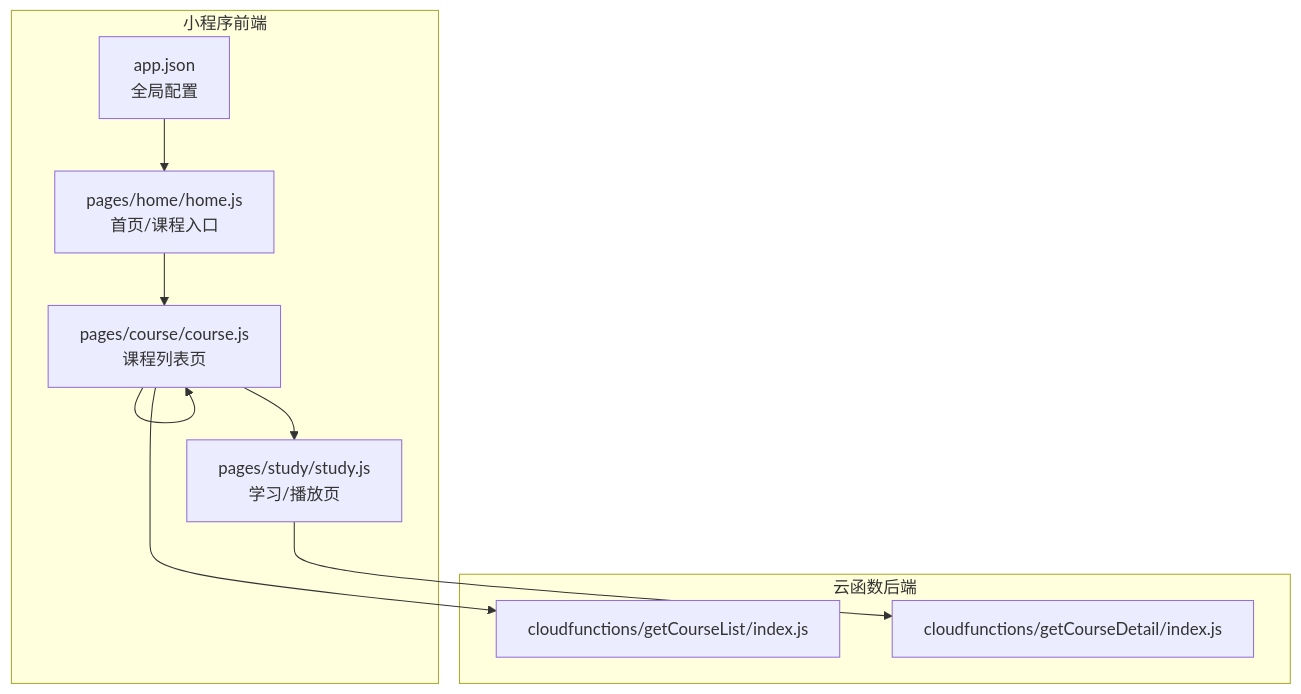
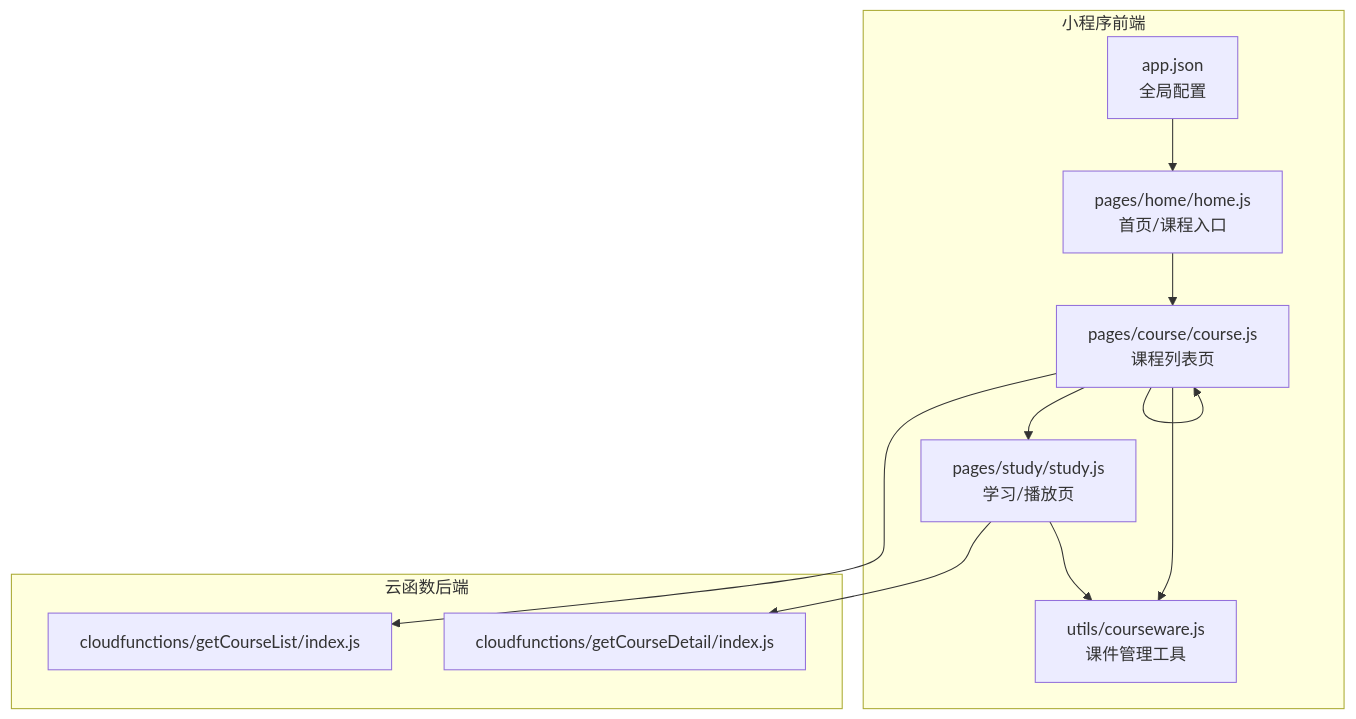
The first of 4 diagrams in .qoder/repowiki/zh/content/核心功能模块/课程学习系统/课程学习系统.md (cwb7756/bio), drawn with Mermaid before and after one commit. The commit also changed other lines of this file and 45 other files, not shown here.

````diff
--- a/.qoder/repowiki/zh/content/核心功能模块/课程学习系统/课程学习系统.md
+++ b/.qoder/repowiki/zh/content/核心功能模块/课程学习系统/课程学习系统.md
@@ -54,19 +56,22 @@
 ```mermaid
 graph TB
 subgraph "小程序前端"
 APP["app.json<br/>全局配置"]
 HOME["pages/home/home.js<br/>首页/课程入口"]
 COURSE["pages/course/course.js<br/>课程列表页"]
 STUDY["pages/study/study.js<br/>学习/播放页"]
+COURSEWARE["utils/courseware.js<br/>课件管理工具"]
 end
 subgraph "云函数后端"
 CL_GET_LIST["cloudfunctions/getCourseList/index.js"]
 CL_GET_DETAIL["cloudfunctions/getCourseDetail/index.js"]
 end
 APP --> HOME
 HOME --> COURSE
 COURSE --> CL_GET_LIST
 COURSE --> COURSE
 COURSE --> STUDY
+COURSE --> COURSEWARE
 STUDY --> CL_GET_DETAIL
+STUDY --> COURSEWARE
 ```
````
